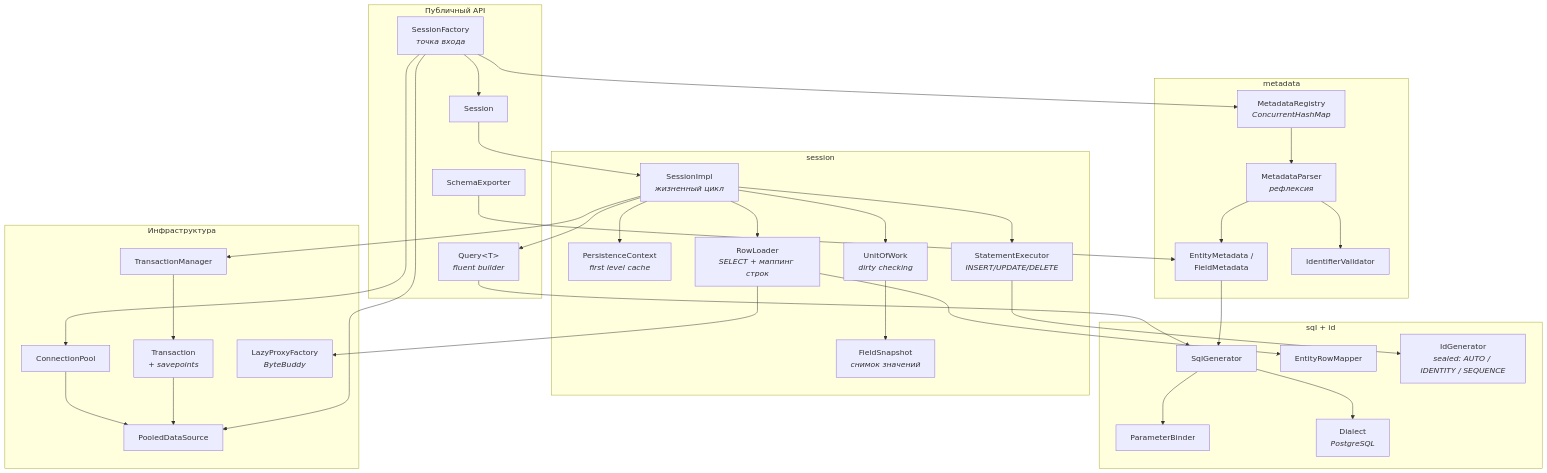
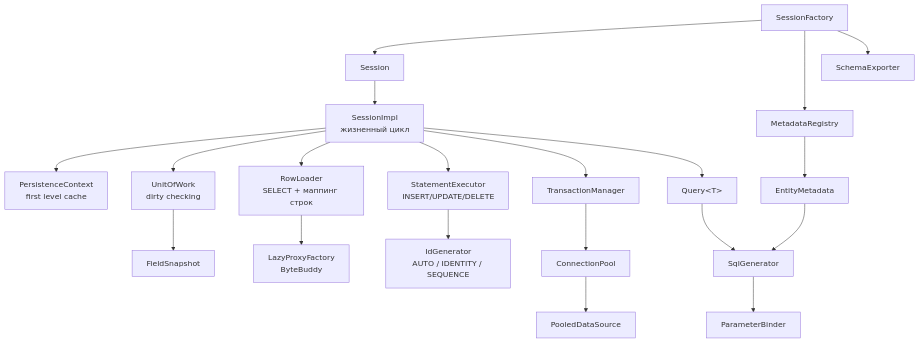
The diagram in README.md (Vivorik/microorm), drawn with Mermaid before and after one commit. The commit also changed other lines of this file and 24 other files, not shown here.

````diff
--- a/README.md
+++ b/README.md
@@ -90,68 +70,20 @@
 ```mermaid
 flowchart TB
-    subgraph api["Публичный API"]
-        SF["SessionFactory<br/><i>точка входа</i>"]
-        S["Session"]
-        Q["Query&lt;T&gt;<br/><i>fluent builder</i>"]
-        SE["SchemaExporter"]
-    end
-
-    subgraph session["session"]
-        SI["SessionImpl<br/><i>жизненный цикл</i>"]
-        PC["PersistenceContext<br/><i>first level cache</i>"]
-        UOW["UnitOfWork<br/><i>dirty checking</i>"]
-        FS["FieldSnapshot<br/><i>снимок значений</i>"]
-        RL["RowLoader<br/><i>SELECT + маппинг строк</i>"]
-        EX["StatementExecutor<br/><i>INSERT/UPDATE/DELETE</i>"]
-    end
-
-    subgraph meta["metadata"]
-        MR["MetadataRegistry<br/><i>ConcurrentHashMap</i>"]
-        MP["MetadataParser<br/><i>рефлексия</i>"]
-        EM["EntityMetadata /<br/>FieldMetadata"]
-        IV["IdentifierValidator"]
-    end
-
-    subgraph sql["sql + id"]
-        SG["SqlGenerator"]
-        PB["ParameterBinder"]
-        PM["EntityRowMapper"]
-        IDG["IdGenerator<br/><i>sealed: AUTO / IDENTITY / SEQUENCE</i>"]
-        DL["Dialect<br/><i>PostgreSQL</i>"]
-    end
-
-    subgraph infra["Инфраструктура"]
-        TM["TransactionManager"]
-        TX["Transaction<br/><i>+ savepoints</i>"]
-        CP["ConnectionPool"]
-        PD["PooledDataSource"]
-        LP["LazyProxyFactory<br/><i>ByteBuddy</i>"]
-    end
-
-    SF --> S
-    SF --> MR
-    SF --> CP
-    SF --> PD
-    S --> SI
-    SI --> PC
-    SI --> UOW
-    SI --> RL
-    SI --> EX
-    SI --> TM
-    SI --> Q
-    UOW --> FS
-    MR --> MP
-    MP --> EM
-    MP --> IV
-    EM --> SG
-    SG --> DL
-    SG --> PB
-    RL --> PM
-    RL --> LP
-    EX --> IDG
-    TM --> TX
-    TX --> PD
-    CP --> PD
-    SE --> EM
+    SF["SessionFactory"] --> S["Session"]
+    S --> SI["SessionImpl<br/>жизненный цикл"]
+    SI --> PC["PersistenceContext<br/>first level cache"]
+    SI --> UOW["UnitOfWork<br/>dirty checking"]
+    SI --> RL["RowLoader<br/>SELECT + маппинг строк"]
+    SI --> EX["StatementExecutor<br/>INSERT/UPDATE/DELETE"]
+    SI --> TM["TransactionManager"]
+    SI --> Q["Query&lt;T&gt;"]
+    UOW --> FS["FieldSnapshot"]
+    SF --> MR["MetadataRegistry"]
+    MR --> EM["EntityMetadata"]
+    EM --> SG["SqlGenerator"] --> PB["ParameterBinder"]
+    RL --> LP["LazyProxyFactory<br/>ByteBuddy"]
+    EX --> IDG["IdGenerator<br/>AUTO / IDENTITY / SEQUENCE"]
+    TM --> CP["ConnectionPool"] --> PD["PooledDataSource"]
+    SF --> SE["SchemaExporter"]
     Q --> SG
 ```
````
